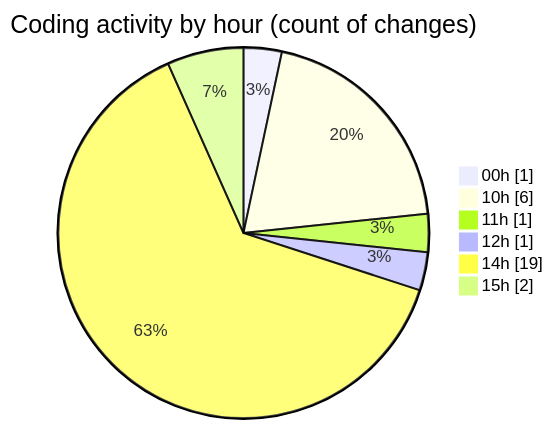
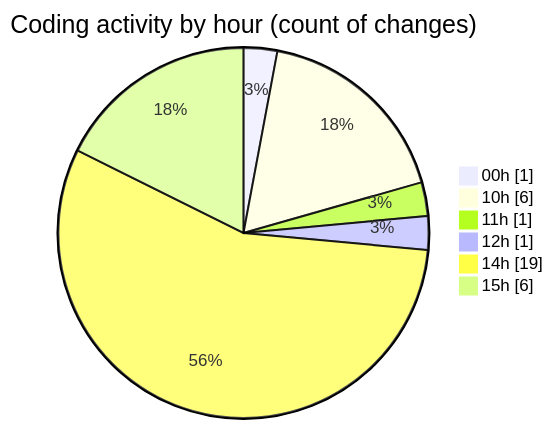
The second of 2 diagrams in 2025-07-25/cohera/README.md (JenPaints/code-tracking), drawn with Mermaid before and after one commit. The commit also changed other lines of this file and 1 other file, not shown here.

````diff
--- a/2025-07-25/cohera/README.md
+++ b/2025-07-25/cohera/README.md
@@ -39,10 +39,10 @@
 ```mermaid
 pie showData
 title Coding activity by hour (count of changes)
 "00h" : 1
 "10h" : 6
 "11h" : 1
 "12h" : 1
 "14h" : 19
-"15h" : 2
+"15h" : 6
 ```
````
